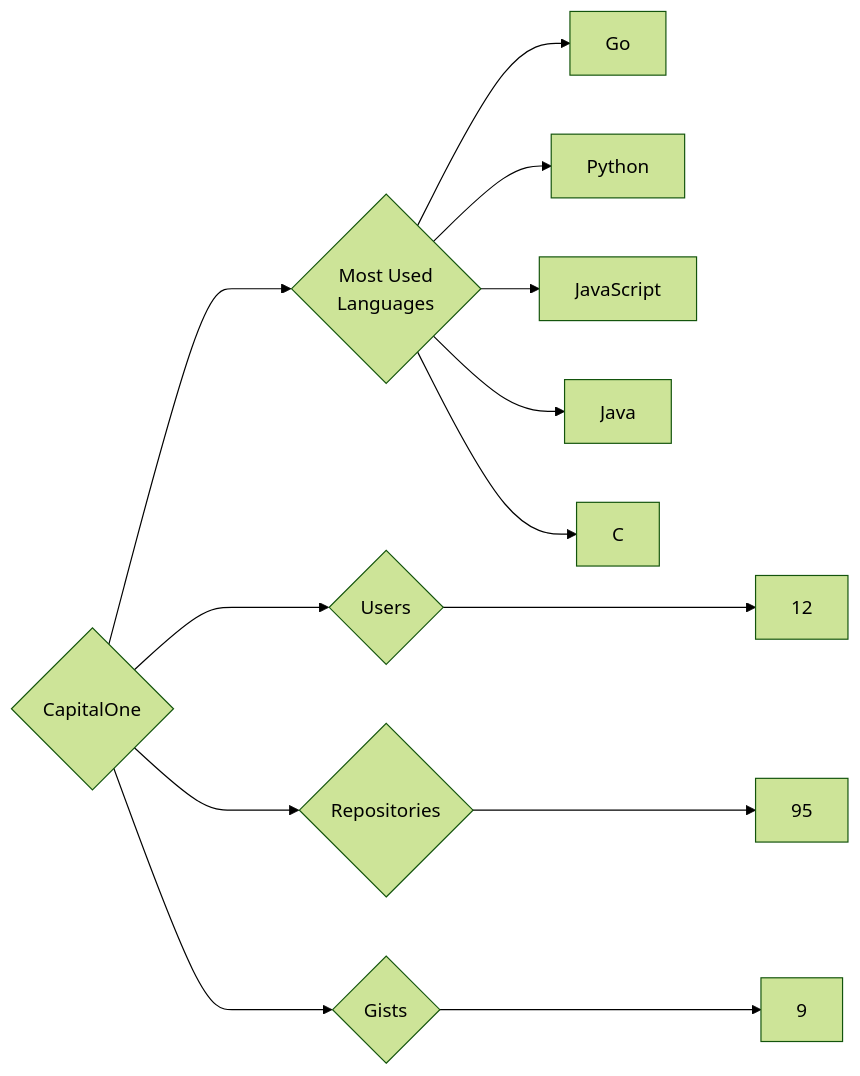
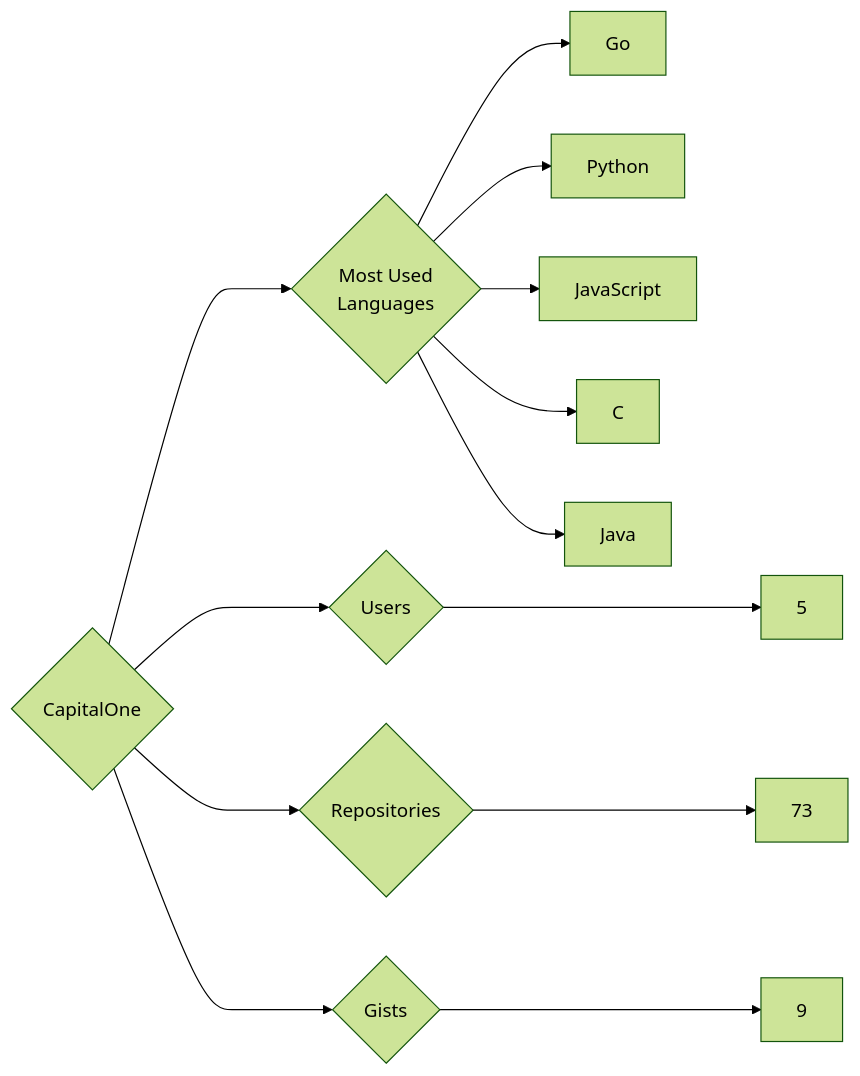
One commit to trickest/insiders changed the diagram in targets/CapitalOne/README.md. Above: the diagram before and after it, drawn with Mermaid (forest theme). The commit also changed 636 other files, not shown here.

````diff
--- a/targets/CapitalOne/README.md
+++ b/targets/CapitalOne/README.md
@@ -3,13 +3,13 @@
 ```mermaid
 graph LR
 COMPANY_NAME{CapitalOne}
-COMPANY_NAME ---> U{Users} ---> UN[12]
-COMPANY_NAME ---> R{Repositories} ---> RN[95]
+COMPANY_NAME ---> U{Users} ---> UN[5]
+COMPANY_NAME ---> R{Repositories} ---> RN[73]
 COMPANY_NAME ---> G{Gists} ---> GN[9]
 COMPANY_NAME ---> ML{Most Used<br>Languages}
 ML --> Go[Go]
 ML --> Python[Python]
 ML --> JavaScript[JavaScript]
+ML --> C[C]
 ML --> Java[Java]
-ML --> C[C]
 ```
````
